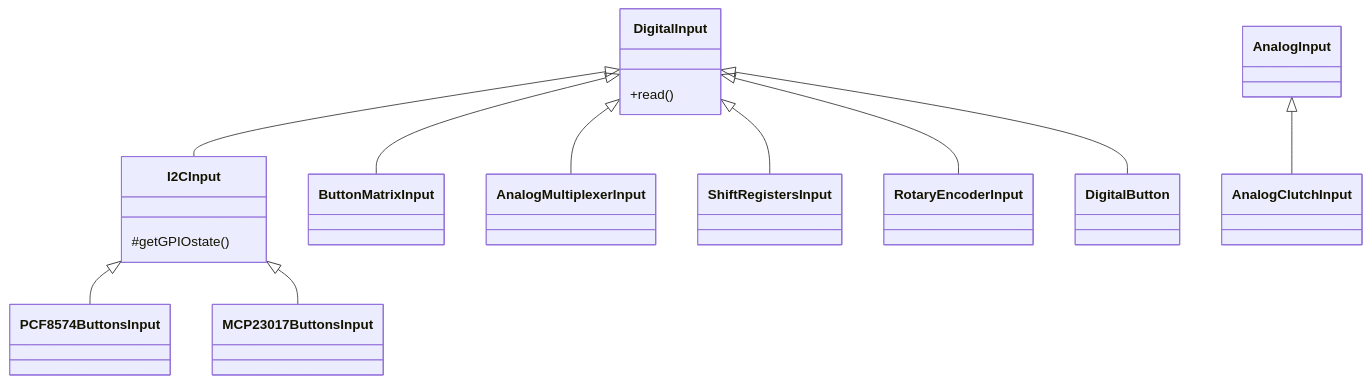
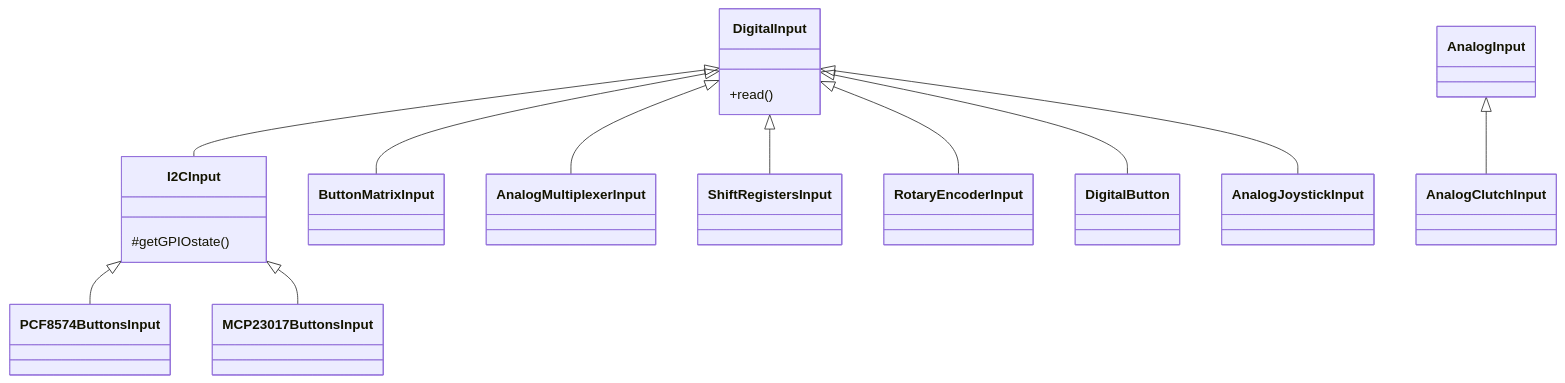
Before and after one commit to afpineda/OpenSourceSimWheelESP32: the second of 11 diagrams in doc/firmware/FirmwareArchitecture_en.md, drawn with Mermaid. The commit also changed other lines of this file and 4 other files, not shown here.

````diff
--- a/doc/firmware/FirmwareArchitecture_en.md
+++ b/doc/firmware/FirmwareArchitecture_en.md
@@ -248,18 +248,19 @@
 ```mermaid
 classDiagram
     class I2CInput{
       #getGPIOstate()
     }
     class DigitalInput{
       +read()
     }
     DigitalInput <|-- ButtonMatrixInput
     DigitalInput <|-- AnalogMultiplexerInput
     DigitalInput <|-- ShiftRegistersInput
     DigitalInput <|-- RotaryEncoderInput
     DigitalInput <|-- DigitalButton
+    DigitalInput <|-- AnalogJoystickInput
     DigitalInput <|-- I2CInput
     I2CInput     <|-- PCF8574ButtonsInput
     I2CInput     <|-- MCP23017ButtonsInput
     AnalogInput  <|-- AnalogClutchInput
 ```
````
